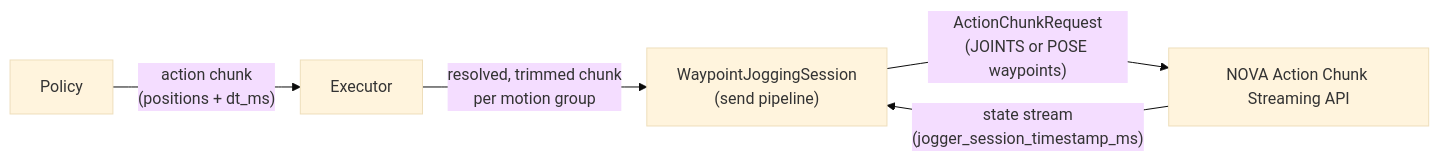
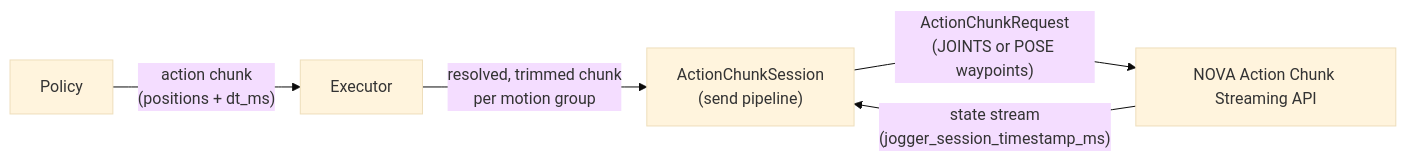
Before and after one commit to wandelbotsgmbh/wandelbots-nova: the diagram in novapolicy/dev/notes/executor.md, drawn with Mermaid (base theme). The commit also changed other lines of this file and 39 other files, not shown here.

````diff
--- a/novapolicy/dev/notes/executor.md
+++ b/novapolicy/dev/notes/executor.md
@@ -14,7 +14,7 @@
 ```mermaid
 flowchart LR
     Policy["Policy"] -->|"action chunk\n(positions + dt_ms)"| Executor
-    Executor -->|"resolved, trimmed chunk\nper motion group"| Session["WaypointJoggingSession\n(send pipeline)"]
+    Executor -->|"resolved, trimmed chunk\nper motion group"| Session["ActionChunkSession\n(send pipeline)"]
     Session -->|"ActionChunkRequest\n(JOINTS or POSE waypoints)"| NOVA["NOVA Action Chunk Streaming API"]
     NOVA -->|"state stream\n(jogger_session_timestamp_ms)"| Session
 ```
````
